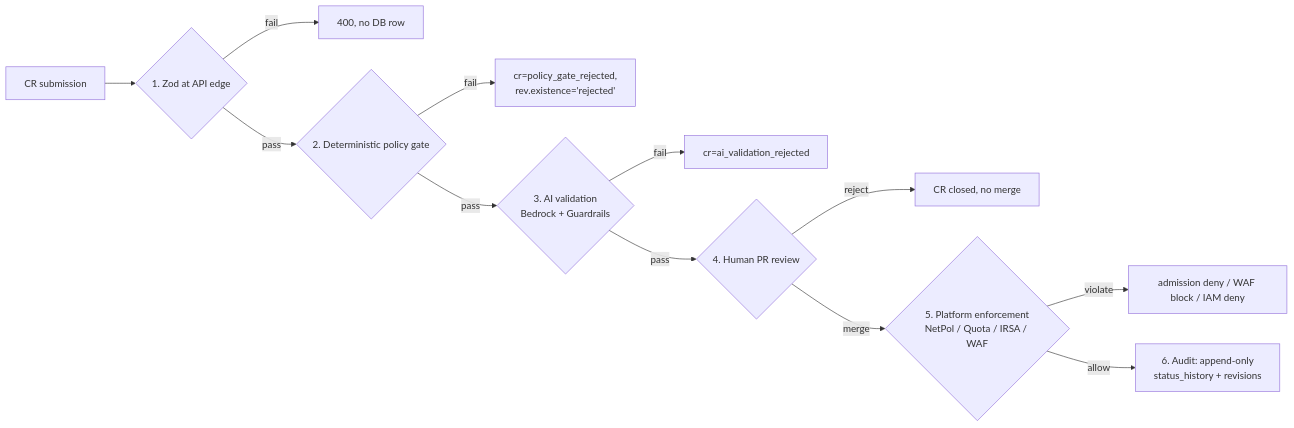
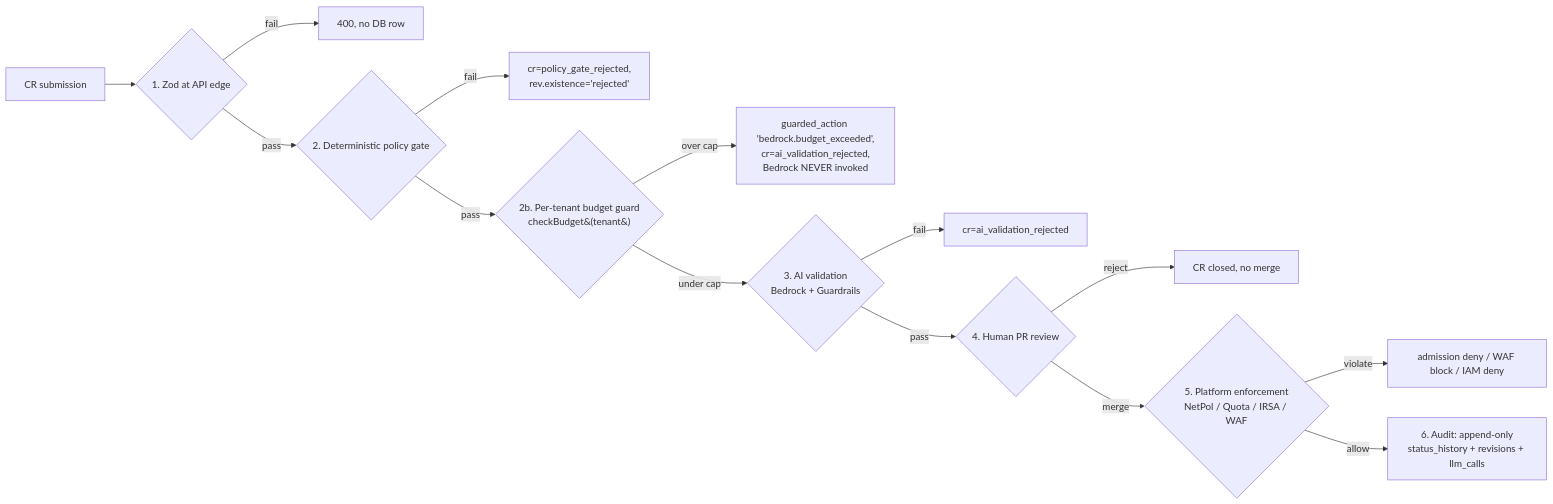
Before and after one commit to nguyenhoangnam123/alice-ssp: the first of 2 diagrams in docs/deliverable1-03-guardrails.md, drawn with Mermaid. The commit also changed other lines of this file and 3 other files, not shown here.

````diff
--- a/docs/deliverable1-03-guardrails.md
+++ b/docs/deliverable1-03-guardrails.md
@@ -7,14 +7,16 @@
 ```mermaid
 flowchart LR
   CR[CR submission] --> L1{1. Zod at API edge}
   L1 -->|fail| End1[400, no DB row]
   L1 -->|pass| L2{2. Deterministic policy gate}
   L2 -->|fail| End2[cr=policy_gate_rejected,<br/>rev.existence='rejected']
-  L2 -->|pass| L3{3. AI validation<br/>Bedrock + Guardrails}
+  L2 -->|pass| L2b{2b. Per-tenant budget guard<br/>checkBudget&#40;tenant&#41;}
+  L2b -->|over cap| End2b[guarded_action 'bedrock.budget_exceeded',<br/>cr=ai_validation_rejected,<br/>Bedrock NEVER invoked]
+  L2b -->|under cap| L3{3. AI validation<br/>Bedrock + Guardrails}
   L3 -->|fail| End3[cr=ai_validation_rejected]
   L3 -->|pass| L4{4. Human PR review}
   L4 -->|reject| End4[CR closed, no merge]
   L4 -->|merge| L5{5. Platform enforcement<br/>NetPol / Quota / IRSA / WAF}
   L5 -->|violate| End5[admission deny / WAF block / IAM deny]
-  L5 -->|allow| L6[6. Audit: append-only<br/>status_history + revisions]
+  L5 -->|allow| L6[6. Audit: append-only<br/>status_history + revisions + llm_calls]
 ```
````
